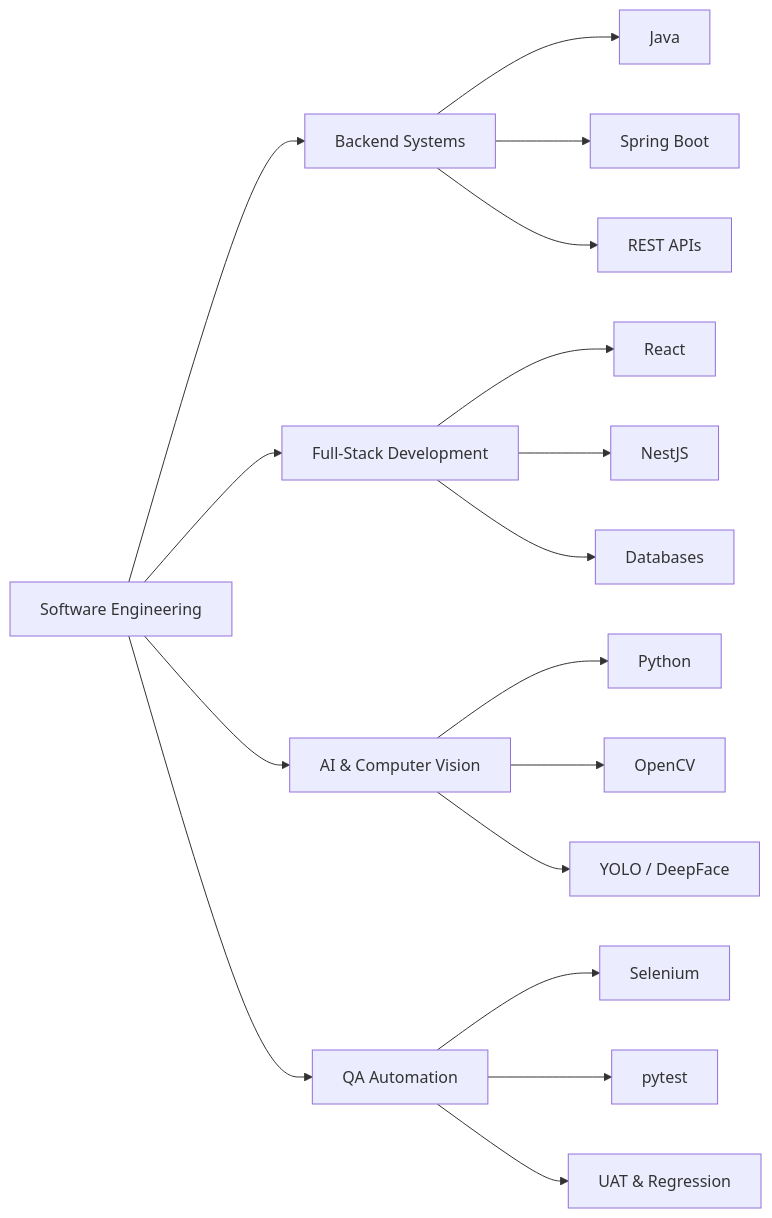
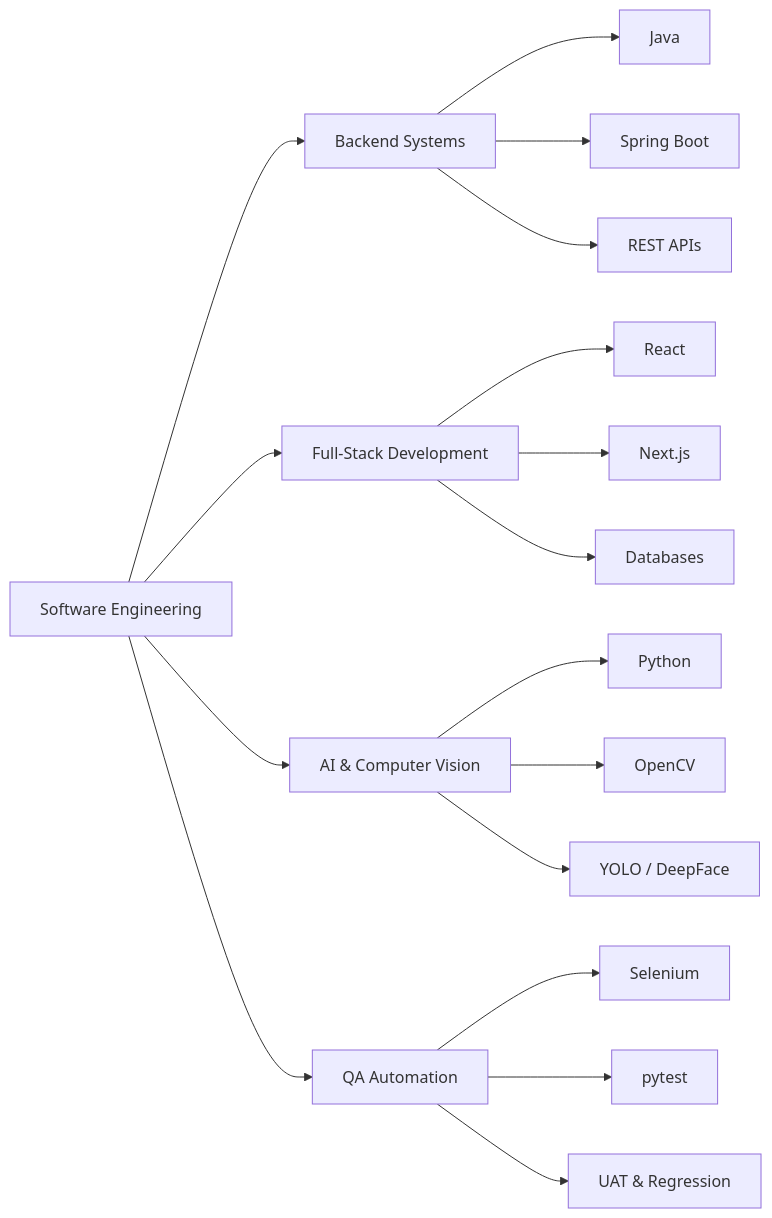
One commit to Jahid1217/Jahid1217 changed the diagram in README.md. Above: the diagram before and after it, drawn with Mermaid. The commit also changed other lines of this file, not shown here.

````diff
--- a/README.md
+++ b/README.md
@@ -267,23 +276,23 @@
 ```mermaid
 graph LR
     A[Software Engineering] --> B[Backend Systems]
     A --> C[Full-Stack Development]
     A --> D[AI & Computer Vision]
     A --> E[QA Automation]
 
     B --> F[Java]
     B --> G[Spring Boot]
     B --> H[REST APIs]
 
     C --> I[React]
-    C --> J[NestJS]
+    C --> J[Next.js]
     C --> K[Databases]
 
     D --> L[Python]
     D --> M[OpenCV]
     D --> N[YOLO / DeepFace]
 
     E --> O[Selenium]
     E --> P[pytest]
     E --> Q[UAT & Regression]
 ```
````
